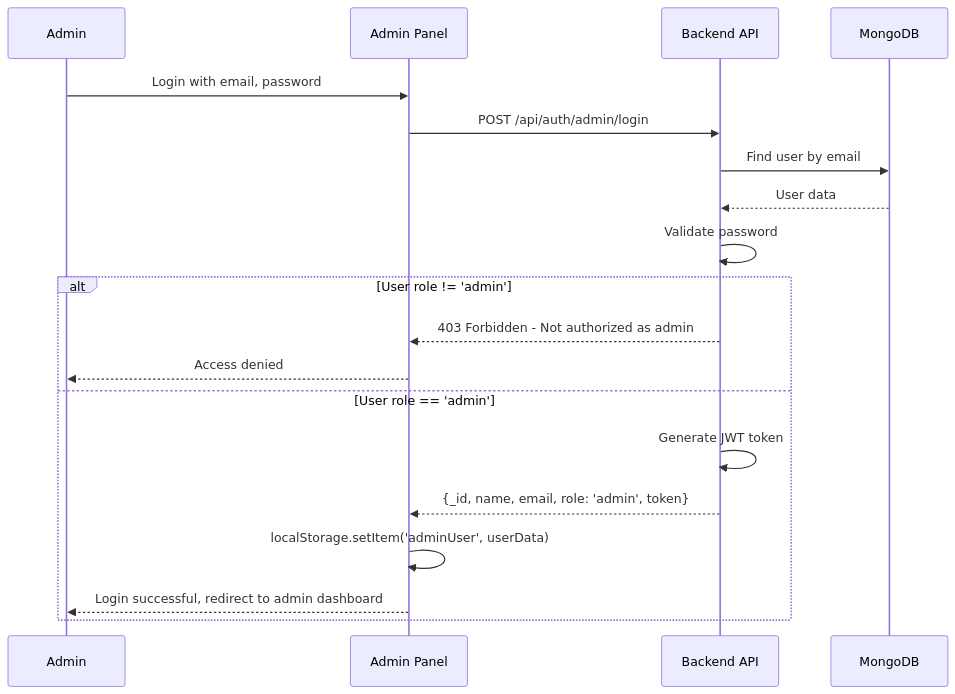
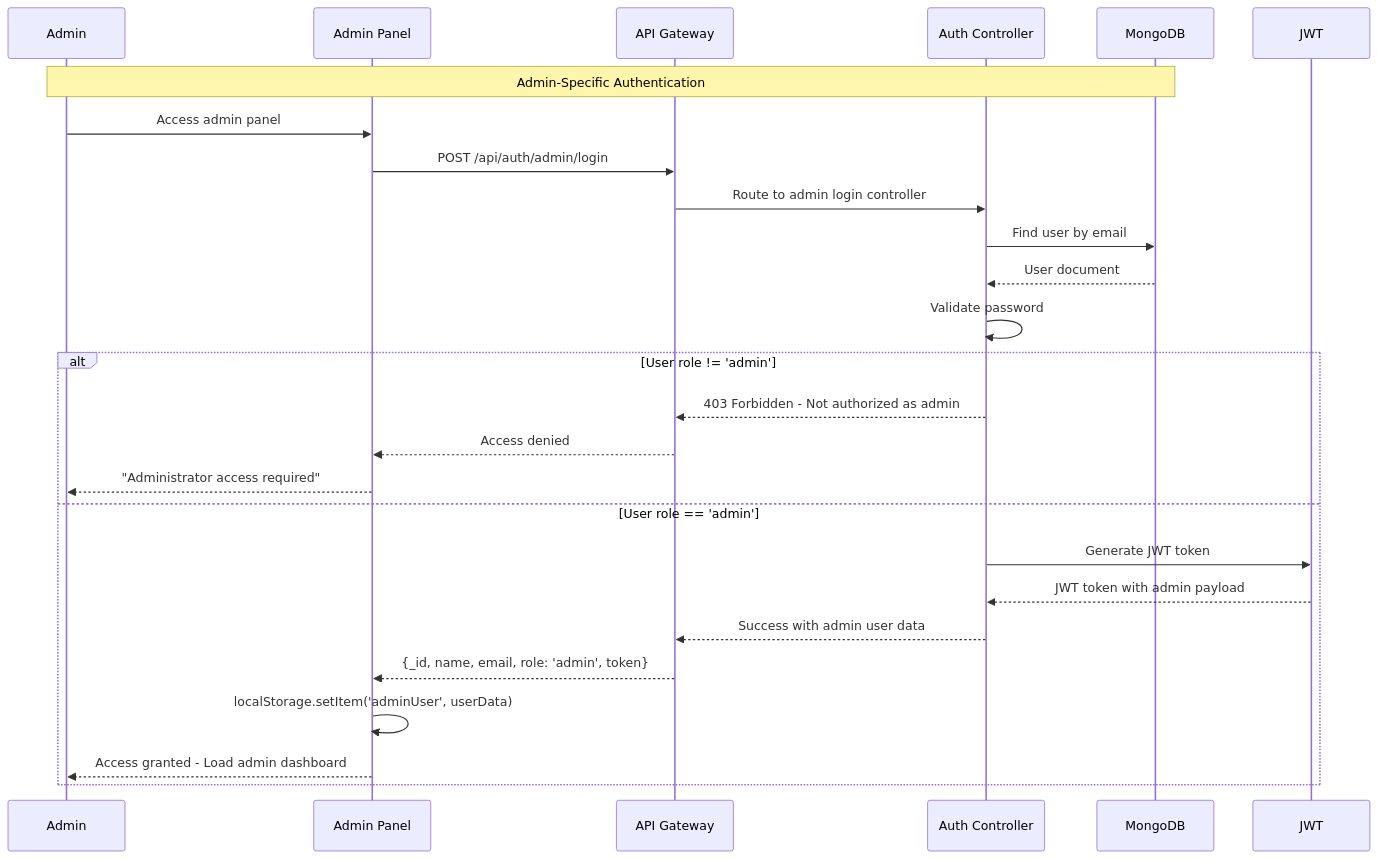
The fifth of 11 diagrams in AUTHENTICATION_SYSTEM_DOCS.md (abh1hi/aura-shop), drawn with Mermaid before and after one commit. The commit also changed other lines of this file, not shown here.

Commit message:
Update authentication system documentation with enhanced security features and implementation details

````diff
--- a/AUTHENTICATION_SYSTEM_DOCS.md
+++ b/AUTHENTICATION_SYSTEM_DOCS.md
@@ -117,23 +245,29 @@
 ```mermaid
 sequenceDiagram
     participant A as Admin
     participant AA as Admin Panel
-    participant API as Backend API
+    participant API as API Gateway
+    participant AuthCtrl as Auth Controller
     participant DB as MongoDB
     
-    A->>AA: Login with email, password
+    Note over A,DB: Admin-Specific Authentication
+    A->>AA: Access admin panel
     AA->>API: POST /api/auth/admin/login
-    API->>DB: Find user by email
-    DB-->>API: User data
-    API->>API: Validate password
+    API->>AuthCtrl: Route to admin login controller
+    AuthCtrl->>DB: Find user by email
+    DB-->>AuthCtrl: User document
+    AuthCtrl->>AuthCtrl: Validate password
     
     alt User role != 'admin'
-        API-->>AA: 403 Forbidden - Not authorized as admin
-        AA-->>A: Access denied
+        AuthCtrl-->>API: 403 Forbidden - Not authorized as admin
+        API-->>AA: Access denied
+        AA-->>A: "Administrator access required"
     else User role == 'admin'
-        API->>API: Generate JWT token
+        AuthCtrl->>JWT: Generate JWT token
+        JWT-->>AuthCtrl: JWT token with admin payload
+        AuthCtrl-->>API: Success with admin user data
         API-->>AA: {_id, name, email, role: 'admin', token}
         AA->>AA: localStorage.setItem('adminUser', userData)
-        AA-->>A: Login successful, redirect to admin dashboard
+        AA-->>A: Access granted - Load admin dashboard
     end
 ```
````
